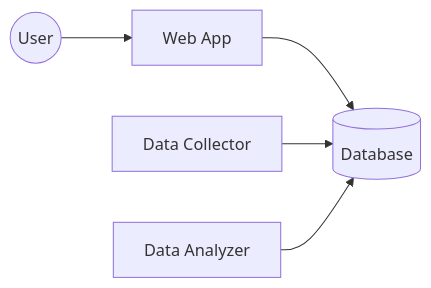
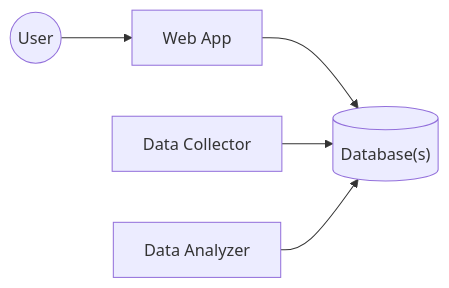
Before and after one commit to initialcapacity/news-analyzer: the first of 3 diagrams in README.md, drawn with Mermaid.

Commit message:
Update data collector diagram

````diff
--- a/README.md
+++ b/README.md
@@ -13,7 +13,7 @@
 ```mermaid
 flowchart LR
     user((User)) --> app[Web App]
-    app --> db[(Database)]
+    app --> db[("Database(s)")]
     collector[Data Collector] --> db
     analyzer[Data Analyzer] --> db
 ```
````
